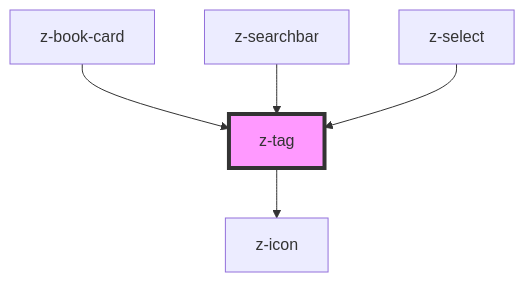
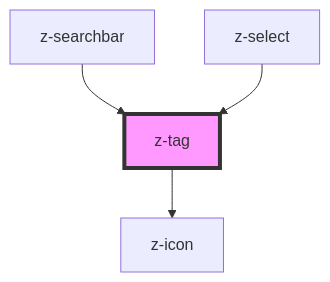
One commit to ZanichelliEditore/design-system changed the diagram in src/components/z-tag/readme.md. Above: the diagram before and after it, drawn with Mermaid. The commit also changed other lines of this file and 6 other files, not shown here.

Commit message:
chore: z-book-card more slots

````diff
--- a/src/components/z-tag/readme.md
+++ b/src/components/z-tag/readme.md
@@ -38,8 +37,7 @@
 ```mermaid
 graph TD;
   z-tag --> z-icon
-  z-book-card --> z-tag
   z-searchbar --> z-tag
   z-select --> z-tag
   style z-tag fill:#f9f,stroke:#333,stroke-width:4px
 ```
````
